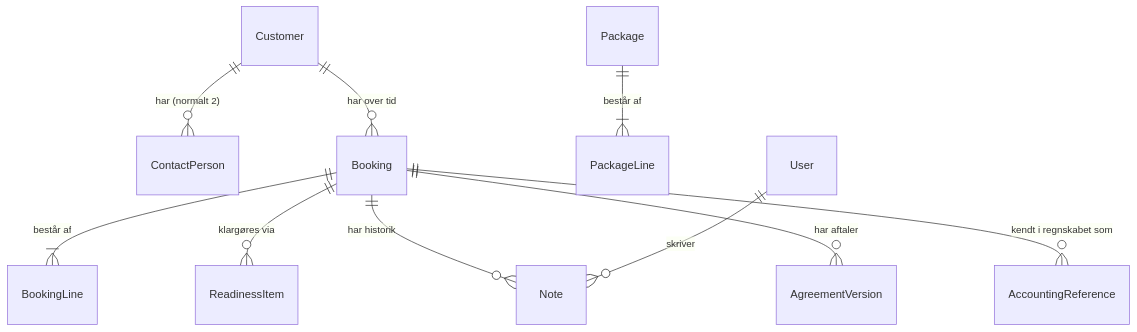
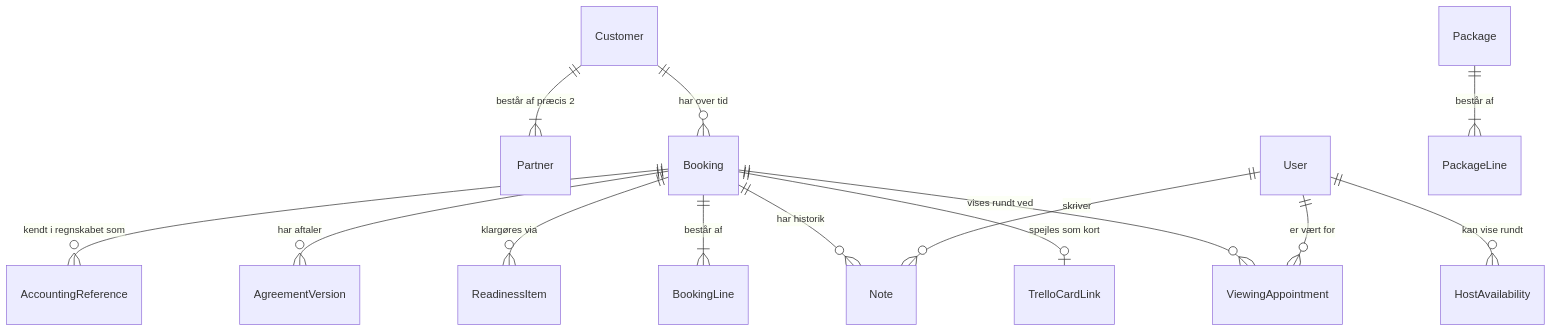
Before and after one commit to A-St0rM/Weddingbooking-Frontend: the second of 2 diagrams in readyprompt.md, drawn with Mermaid. The commit also changed other lines of this file and 1 other file, not shown here.

Commit message:
Plan: bestilling udefra, parret som to personer, kalender, fremvisning til booking og Trello i sync (fase 9–14)

````diff
--- a/readyprompt.md
+++ b/readyprompt.md
@@ -107,12 +109,16 @@
 ```mermaid
 erDiagram
-    Customer ||--o{ ContactPerson : "har (normalt 2)"
+    Customer ||--|{ Partner : "består af præcis 2"
     Customer ||--o{ Booking : "har over tid"
+    Booking ||--o{ ViewingAppointment : "vises rundt ved"
+    Booking ||--o| TrelloCardLink : "spejles som kort"
+    User ||--o{ HostAvailability : "kan vise rundt"
+    User ||--o{ ViewingAppointment : "er vært for"
     Booking ||--|{ BookingLine : "består af"
     Booking ||--o{ ReadinessItem : "klargøres via"
     Booking ||--o{ Note : "har historik"
     Booking ||--o{ AgreementVersion : "har aftaler"
     Booking ||--o{ AccountingReference : "kendt i regnskabet som"
     Package ||--|{ PackageLine : "består af"
     User ||--o{ Note : "skriver"
 ```
````
